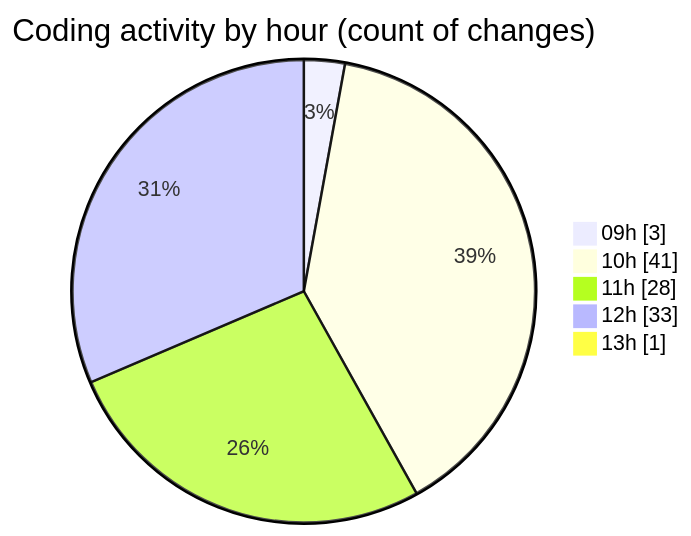
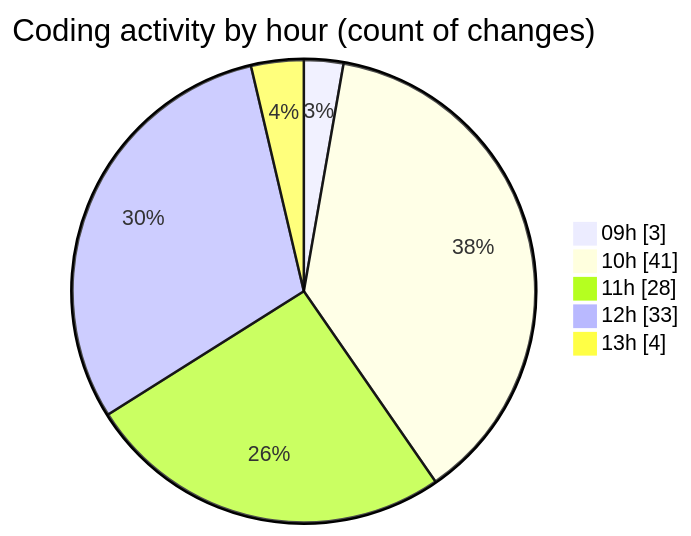
Before and after one commit to CELIANVF/code-tracking: the second of 2 diagrams in 2025-05-19/ecodeli-1/README.md, drawn with Mermaid. The commit also changed other lines of this file and 1 other file, not shown here.

````diff
--- a/2025-05-19/ecodeli-1/README.md
+++ b/2025-05-19/ecodeli-1/README.md
@@ -61,9 +61,9 @@
 ```mermaid
 pie showData
 title Coding activity by hour (count of changes)
 "09h" : 3
 "10h" : 41
 "11h" : 28
 "12h" : 33
-"13h" : 1
+"13h" : 4
 ```
````
